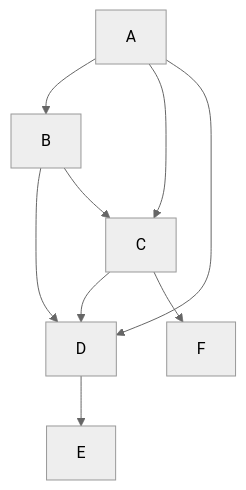
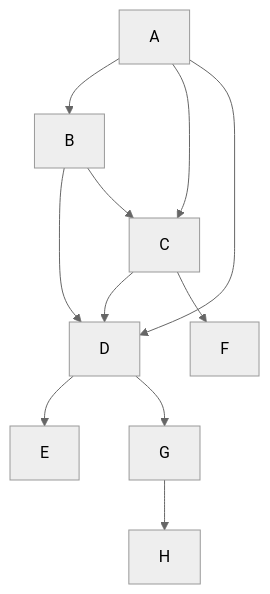
Before and after one commit to AttilaVamos/HPCC-Platform: the diagram in .github/workflows/ActionFlow.md, drawn with Mermaid (neutral theme).

````diff
--- a/.github/workflows/ActionFlow.md
+++ b/.github/workflows/ActionFlow.md
@@ -3,9 +3,10 @@
 ```mermaid
   graph TD;
       A-->B;
       A-->C;
       B-->D;
       C-->D;
       A-->D-->E;
       B-->C-->F;
+      D-->G-->H;
 ```
````
